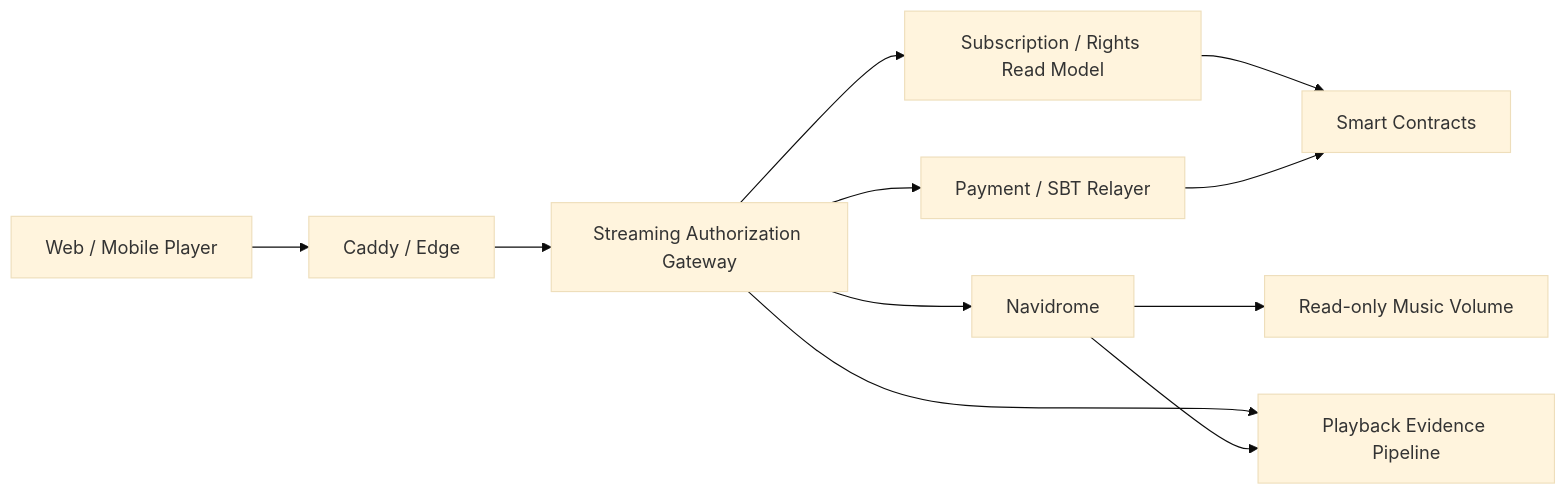
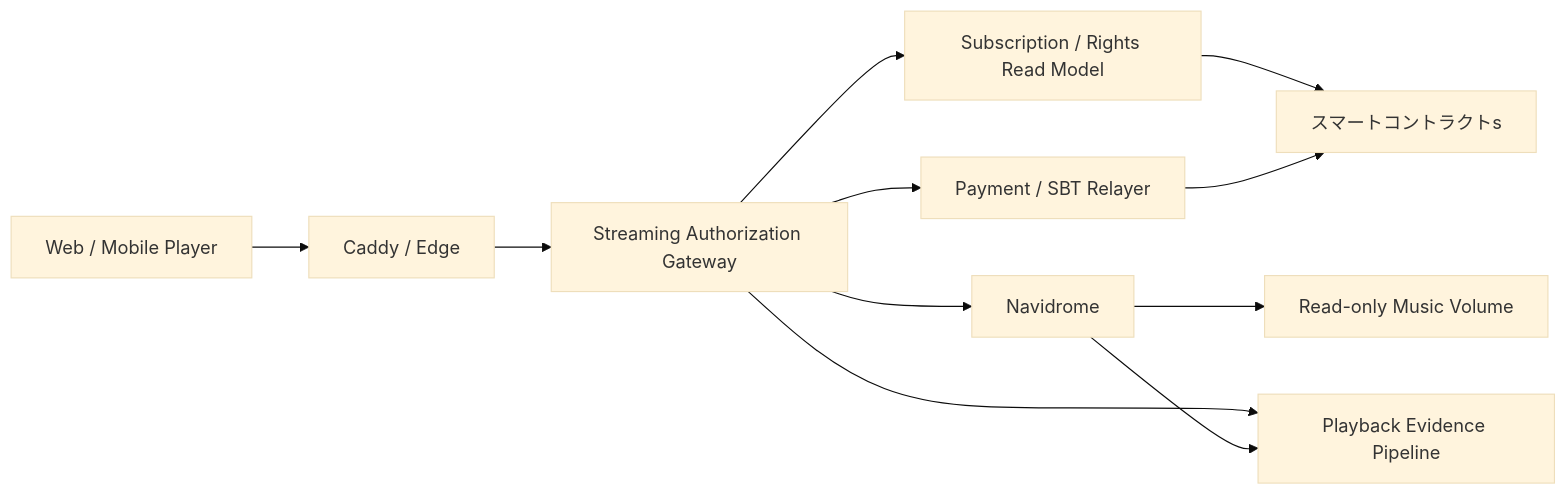
The first of 3 diagrams in docs/adr/ADR-0009-navidrome-streaming-gateway.md (ShigeichiroYamasaki/creator-first-platform), drawn with Mermaid (base theme) before and after one commit. The commit also changed other lines of this file and 67 other files, not shown here.

````diff
--- a/docs/adr/ADR-0009-navidrome-streaming-gateway.md
+++ b/docs/adr/ADR-0009-navidrome-streaming-gateway.md
@@ -39,20 +39,20 @@
 ```mermaid
 flowchart LR
     PLAYER[Web / Mobile Player]
     EDGE[Caddy / Edge]
     GATEWAY[Streaming Authorization Gateway]
     READ[Subscription / Rights Read Model]
     NAVI[Navidrome]
     MUSIC[Read-only Music Volume]
     EVENTS[Playback Evidence Pipeline]
-    CHAIN[Smart Contracts]
+    CHAIN[スマートコントラクトs]
     RELAYER[Payment / SBT Relayer]
 
     PLAYER --> EDGE --> GATEWAY
     GATEWAY --> READ
     READ --> CHAIN
     GATEWAY --> NAVI --> MUSIC
     GATEWAY --> EVENTS
     NAVI --> EVENTS
     GATEWAY --> RELAYER --> CHAIN
 ```
````
